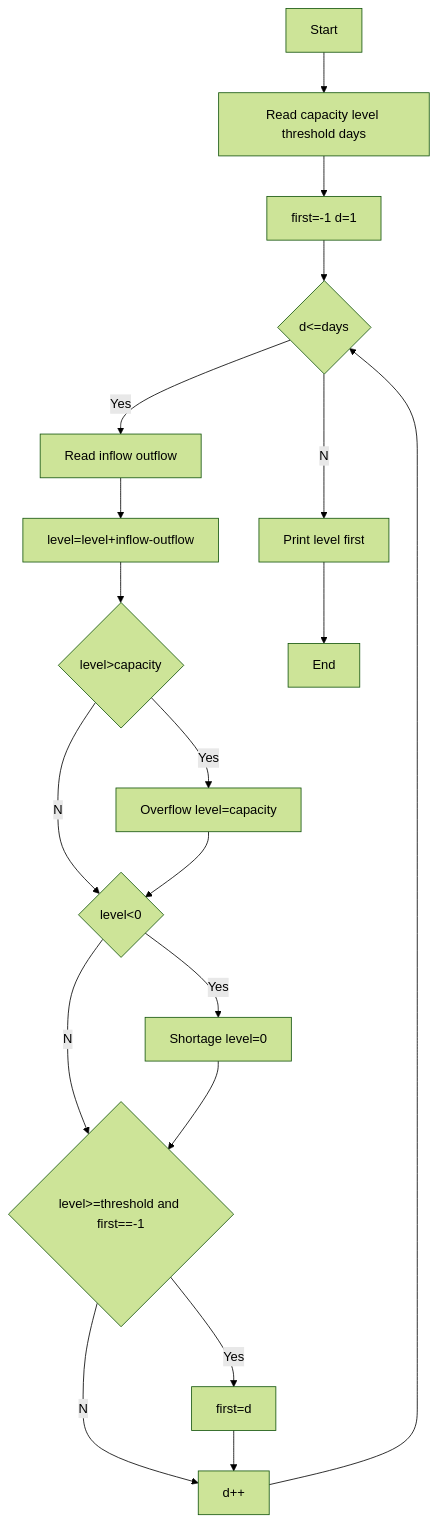
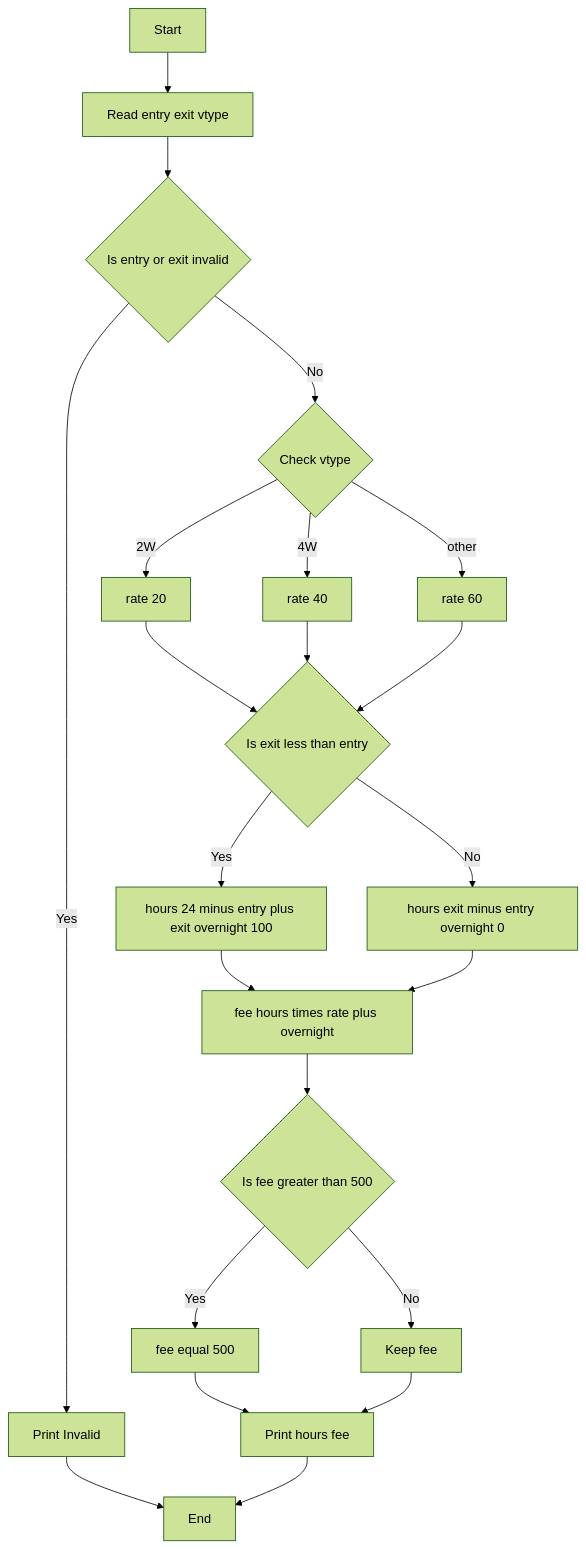
One commit to bhanusritirumala709-source/python-activity-Based-learning changed the diagram in task5/code.md. Above: the diagram before and after it, drawn with Mermaid (forest theme). The commit also changed other lines of this file, not shown here.

````diff
--- a/task5/code.md
+++ b/task5/code.md
@@ -6,21 +33,24 @@
 ```mermaid
 flowchart TD
-    A[Start]-->B[Read capacity level threshold days]
-    B-->C[first=-1 d=1]
-    C-->D{d<=days}
-    D--Yes-->E[Read inflow outflow]
-    E-->F[level=level+inflow-outflow]
-    F-->G{level>capacity}
-    G--Yes-->H[Overflow level=capacity]
-    G--No-->I{level<0}
-    H-->I
-    I--Yes-->J[Shortage level=0]
-    I--No-->K{level>=threshold and first==-1}
-    J-->K
-    K--Yes-->L[first=d]
-    K--No-->M[d++]
-    L-->M
-    M-->D
-    D--No-->N[Print level first]
-    N-->O[End]
+    A[Start] --> B[Read entry exit vtype]
+    B --> C{Is entry or exit invalid}
+    C -- Yes --> D[Print Invalid]
+    C -- No --> E{Check vtype}
+    E -- 2W --> F[rate 20]
+    E -- 4W --> G[rate 40]
+    E -- other --> H[rate 60]
+    F --> I{Is exit less than entry}
+    G --> I
+    H --> I
+    I -- Yes --> J[hours 24 minus entry plus exit overnight 100]
+    I -- No --> K[hours exit minus entry overnight 0]
+    J --> L[fee hours times rate plus overnight]
+    K --> L
+    L --> M{Is fee greater than 500}
+    M -- Yes --> N[fee equal 500]
+    M -- No --> O[Keep fee]
+    N --> P[Print hours fee]
+    O --> P
+    D --> Q[End]
+    P --> Q
 ```
````
